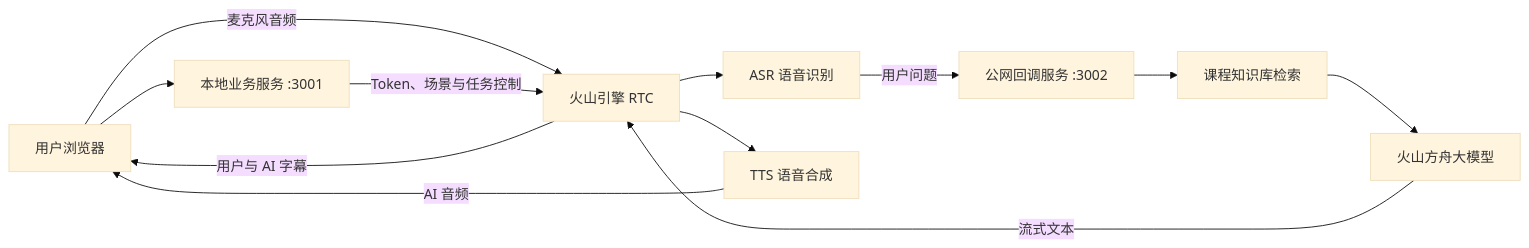
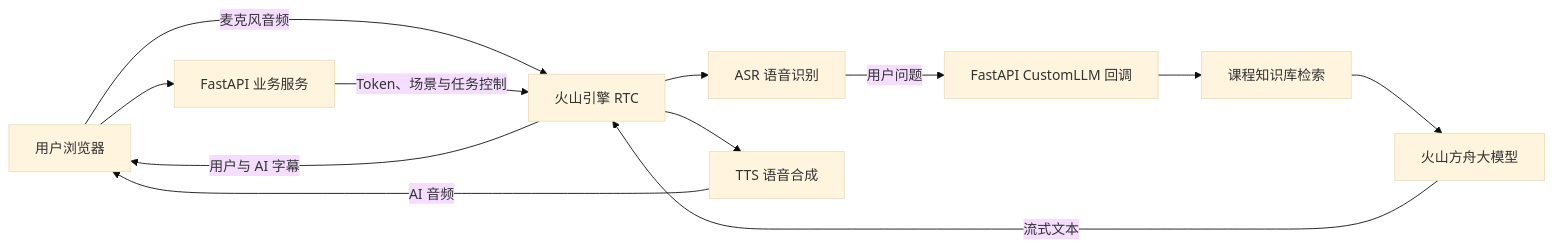
The diagram in README.md (scui73414-bot/realtime-voice-rag-course-advisor), drawn with Mermaid (base theme) before and after one commit. The commit also changed other lines of this file and 3 other files, not shown here.

````diff
--- a/README.md
+++ b/README.md
@@ -21,14 +26,14 @@
 ```mermaid
 flowchart LR
     U["用户浏览器"] -->|"麦克风音频"| RTC["火山引擎 RTC"]
     RTC --> ASR["ASR 语音识别"]
-    ASR -->|"用户问题"| CB["公网回调服务 :3002"]
+    ASR -->|"用户问题"| CB["FastAPI CustomLLM 回调"]
     CB --> RAG["课程知识库检索"]
     RAG --> LLM["火山方舟大模型"]
     LLM -->|"流式文本"| RTC
     RTC --> TTS["TTS 语音合成"]
     TTS -->|"AI 音频"| U
     RTC -->|"用户与 AI 字幕"| U
-    WEB["本地业务服务 :3001"] -->|"Token、场景与任务控制"| RTC
+    WEB["FastAPI 业务服务"] -->|"Token、场景与任务控制"| RTC
     U --> WEB
 ```
````
